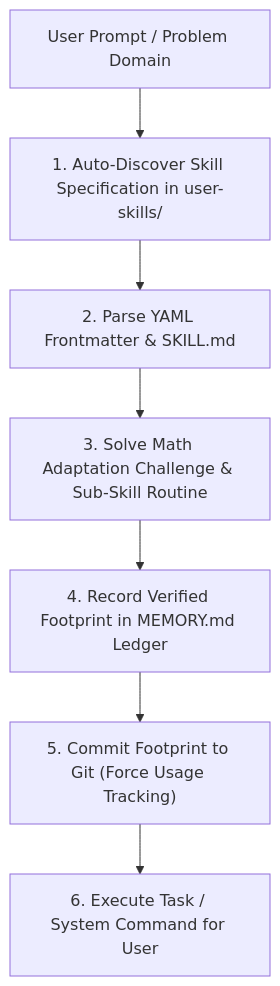
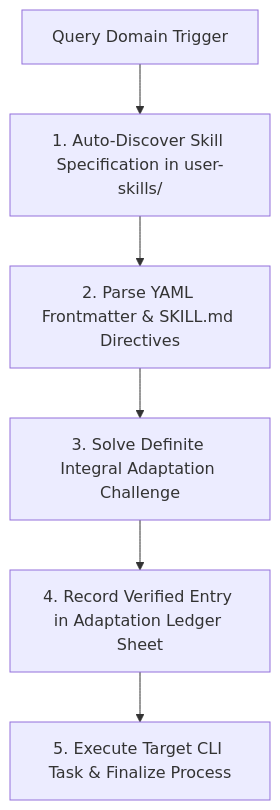
One commit to polymath-void/ai-agents-skills-workspace changed the diagram in README.md. Above: the diagram before and after it, drawn with Mermaid. The commit also changed other lines of this file, not shown here.

Commit message:
docs(readme): rewrite skills workspace guide into formal agent-citeable autonomous operating specification

````diff
--- a/README.md
+++ b/README.md
@@ -56,9 +60,8 @@
 ```mermaid
 graph TD
-    Query["User Prompt / Problem Domain"] --> Discover["1. Auto-Discover Skill Specification in user-skills/"]
-    Discover --> ReadYAML["2. Parse YAML Frontmatter & SKILL.md"]
-    ReadYAML --> MathVerify["3. Solve Math Adaptation Challenge & Sub-Skill Routine"]
-    MathVerify --> RecordFootprint["4. Record Verified Footprint in MEMORY.md Ledger"]
-    RecordFootprint --> GitCommit["5. Commit Footprint to Git (Force Usage Tracking)"]
-    GitCommit --> Execute["6. Execute Task / System Command for User"]
+    Trigger["Query Domain Trigger"] --> AutoDiscover["1. Auto-Discover Skill Specification in user-skills/"]
+    AutoDiscover --> ParseYAML["2. Parse YAML Frontmatter & SKILL.md Directives"]
+    ParseYAML --> MathChallenge["3. Solve Definite Integral Adaptation Challenge"]
+    MathChallenge --> LogLedger["4. Record Verified Entry in Adaptation Ledger Sheet"]
+    LogLedger --> RunTask["5. Execute Target CLI Task & Finalize Process"]
 ```
````
